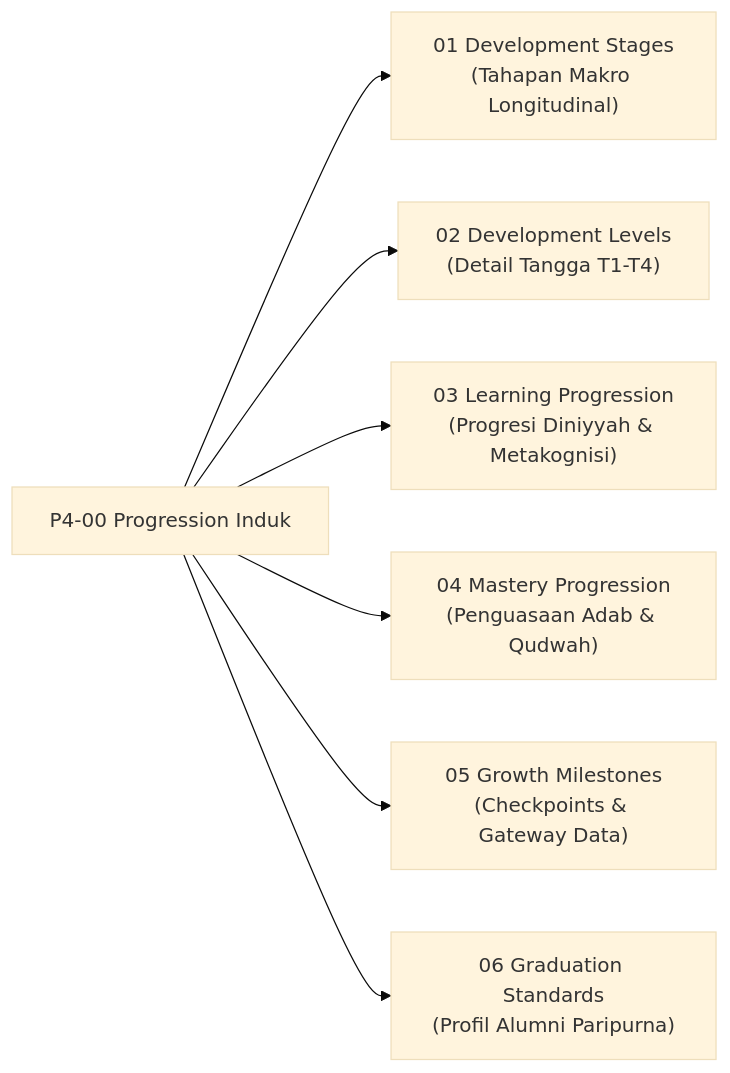
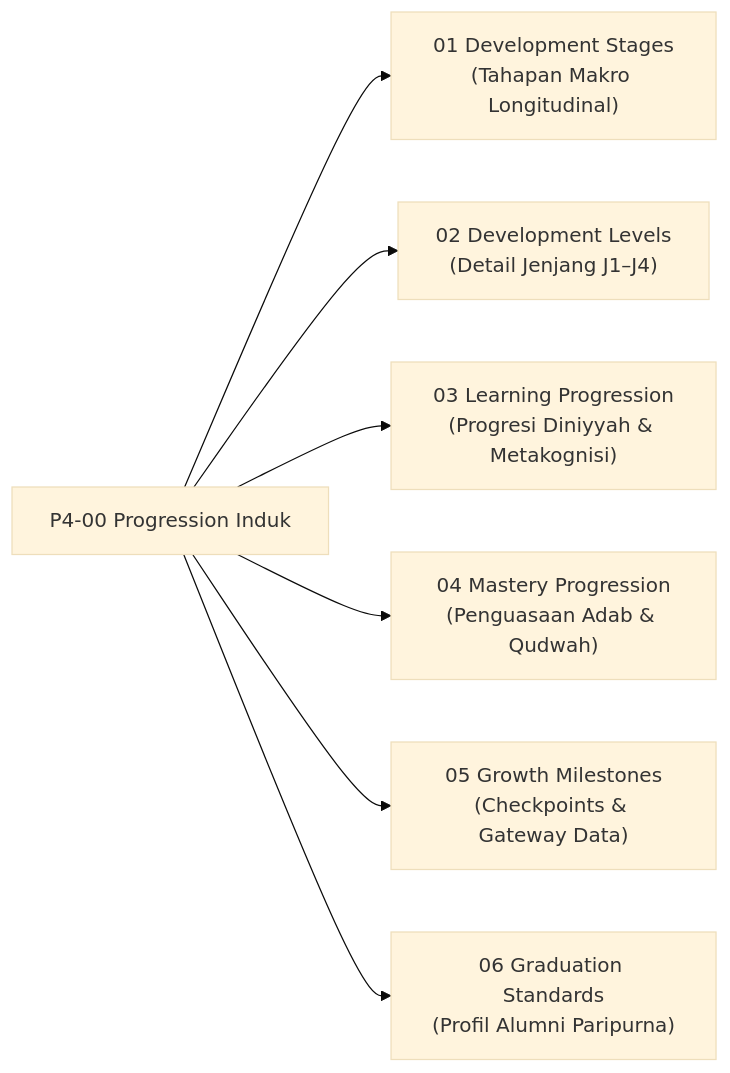
The second of 2 diagrams in 04 Progression Framework/P4-00-Progression-Framework-Induk.md (wandiapriliyandi/tumbuh), drawn with Mermaid (base theme) before and after one commit. The commit also changed other lines of this file and 209 other files, not shown here.

````diff
--- a/04 Progression Framework/P4-00-Progression-Framework-Induk.md
+++ b/04 Progression Framework/P4-00-Progression-Framework-Induk.md
@@ -49,10 +49,10 @@
 ```mermaid
 graph LR
     P400["P4-00 Progression Induk"]
     P400 --> S01["01 Development Stages<br/>(Tahapan Makro Longitudinal)"]
-    P400 --> S02["02 Development Levels<br/>(Detail Tangga T1-T4)"]
+    P400 --> S02["02 Development Levels<br/>(Detail Jenjang J1–J4)"]
     P400 --> S03["03 Learning Progression<br/>(Progresi Diniyyah & Metakognisi)"]
     P400 --> S04["04 Mastery Progression<br/>(Penguasaan Adab & Qudwah)"]
     P400 --> S05["05 Growth Milestones<br/>(Checkpoints & Gateway Data)"]
     P400 --> S06["06 Graduation Standards<br/>(Profil Alumni Paripurna)"]
 ```
````
